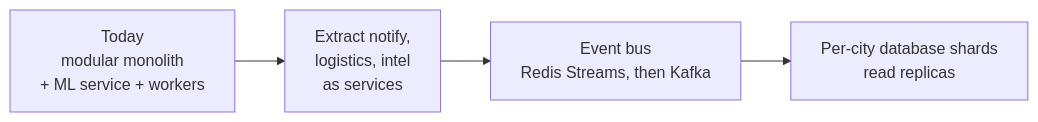
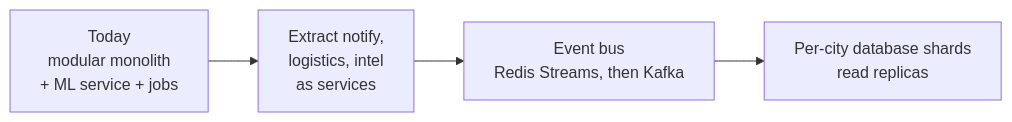
Before and after one commit to prelekar7/GharBasket: the fifth of 5 diagrams in docs/handbook/04-system-architecture.md, drawn with Mermaid. The commit also changed other lines of this file and 58 other files, not shown here.

````diff
--- a/docs/handbook/04-system-architecture.md
+++ b/docs/handbook/04-system-architecture.md
@@ -207,6 +205,6 @@
 ```mermaid
 flowchart LR
-  S1["Today<br/>modular monolith<br/>+ ML service + workers"] --> S2["Extract notify,<br/>logistics, intel<br/>as services"]
+  S1["Today<br/>modular monolith<br/>+ ML service + jobs"] --> S2["Extract notify,<br/>logistics, intel<br/>as services"]
   S2 --> S3["Event bus<br/>Redis Streams, then Kafka"]
   S3 --> S4["Per-city database shards<br/>read replicas"]
 ```
````
